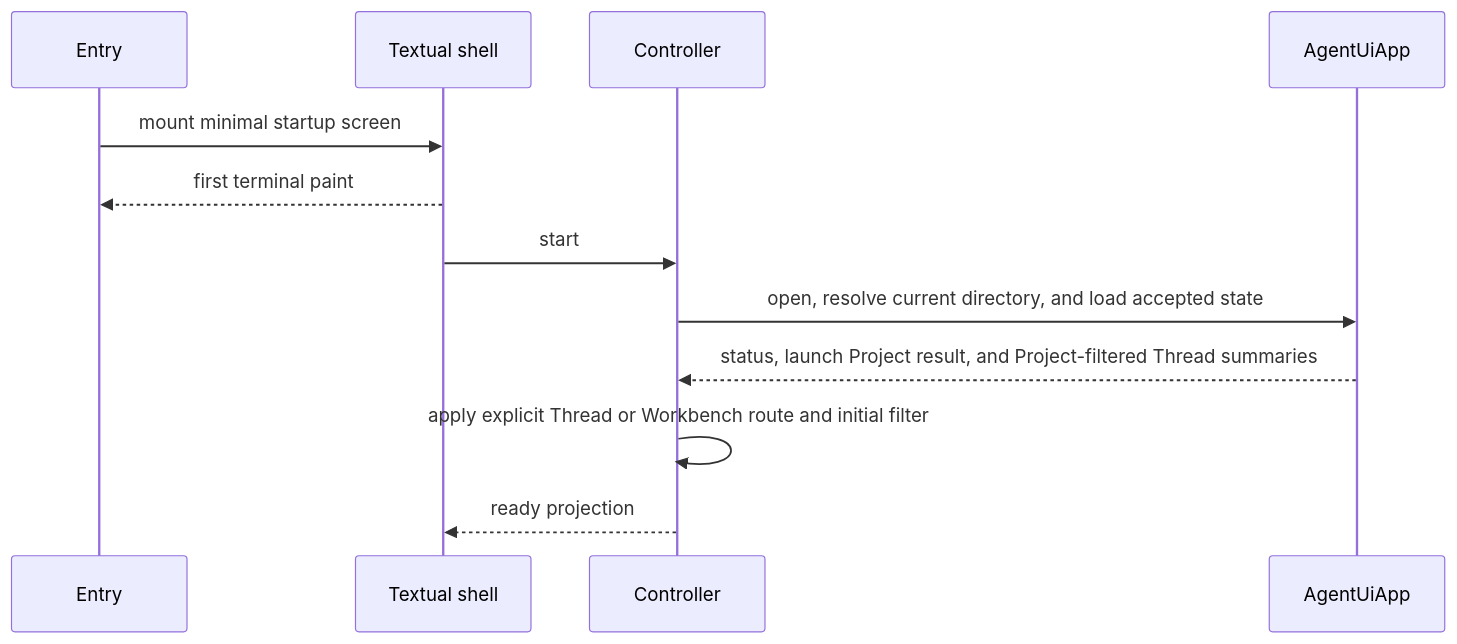
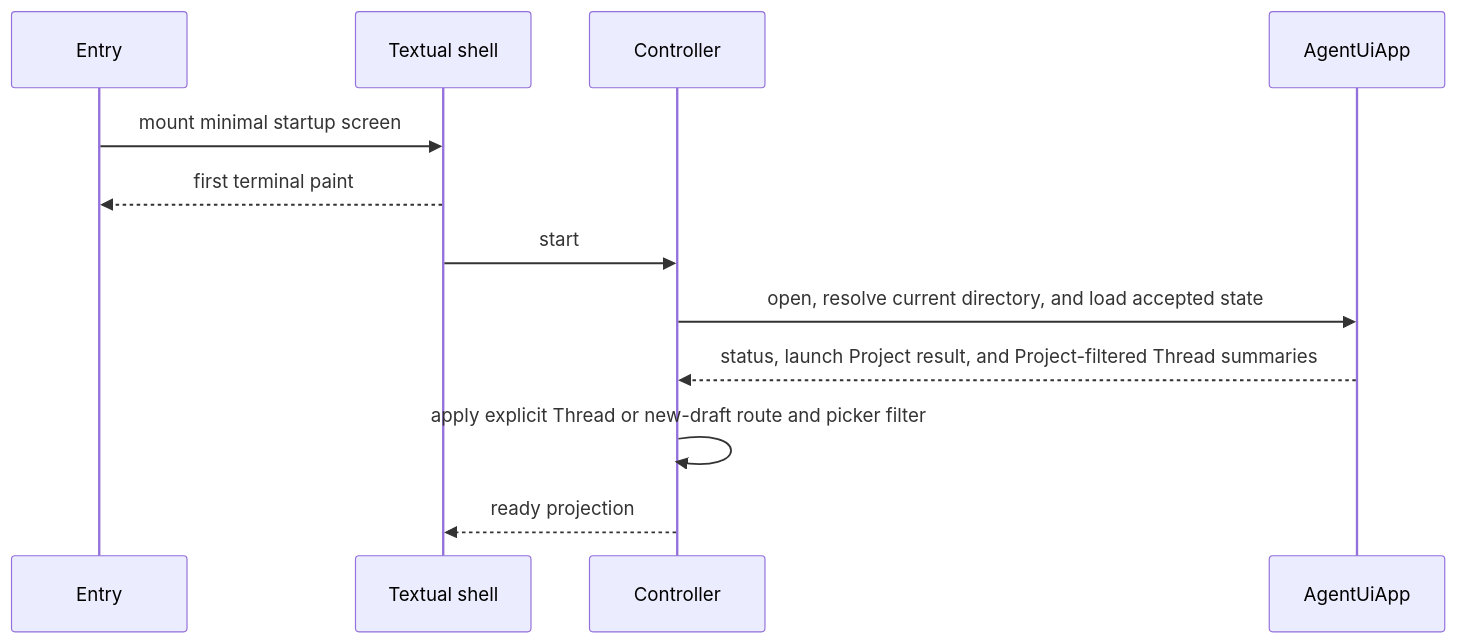
One commit to converge-ai-labs/agent-foundation changed the second of 2 diagrams in spec/agent-ui/tui/02-textual-runtime.md. Above: the diagram before and after it, drawn with Mermaid. The commit also changed other lines of this file and 95 other files, not shown here.

````diff
--- a/spec/agent-ui/tui/02-textual-runtime.md
+++ b/spec/agent-ui/tui/02-textual-runtime.md
@@ -71,15 +70,15 @@
 ```mermaid
 sequenceDiagram
     participant Entry
     participant TUI as Textual shell
     participant Controller
     participant App as AgentUiApp
 
     Entry->>TUI: mount minimal startup screen
     TUI-->>Entry: first terminal paint
     TUI->>Controller: start
     Controller->>App: open, resolve current directory, and load accepted state
     App-->>Controller: status, launch Project result, and Project-filtered Thread summaries
-    Controller->>Controller: apply explicit Thread or Workbench route and initial filter
+    Controller->>Controller: apply explicit Thread or new-draft route and picker filter
     Controller-->>TUI: ready projection
 ```
````
